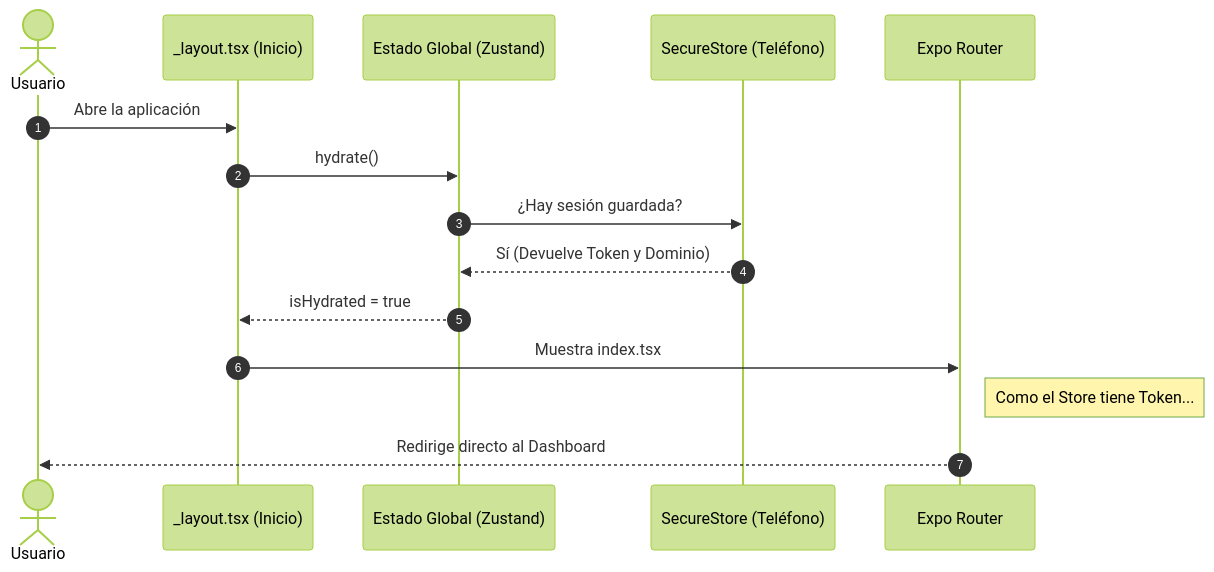
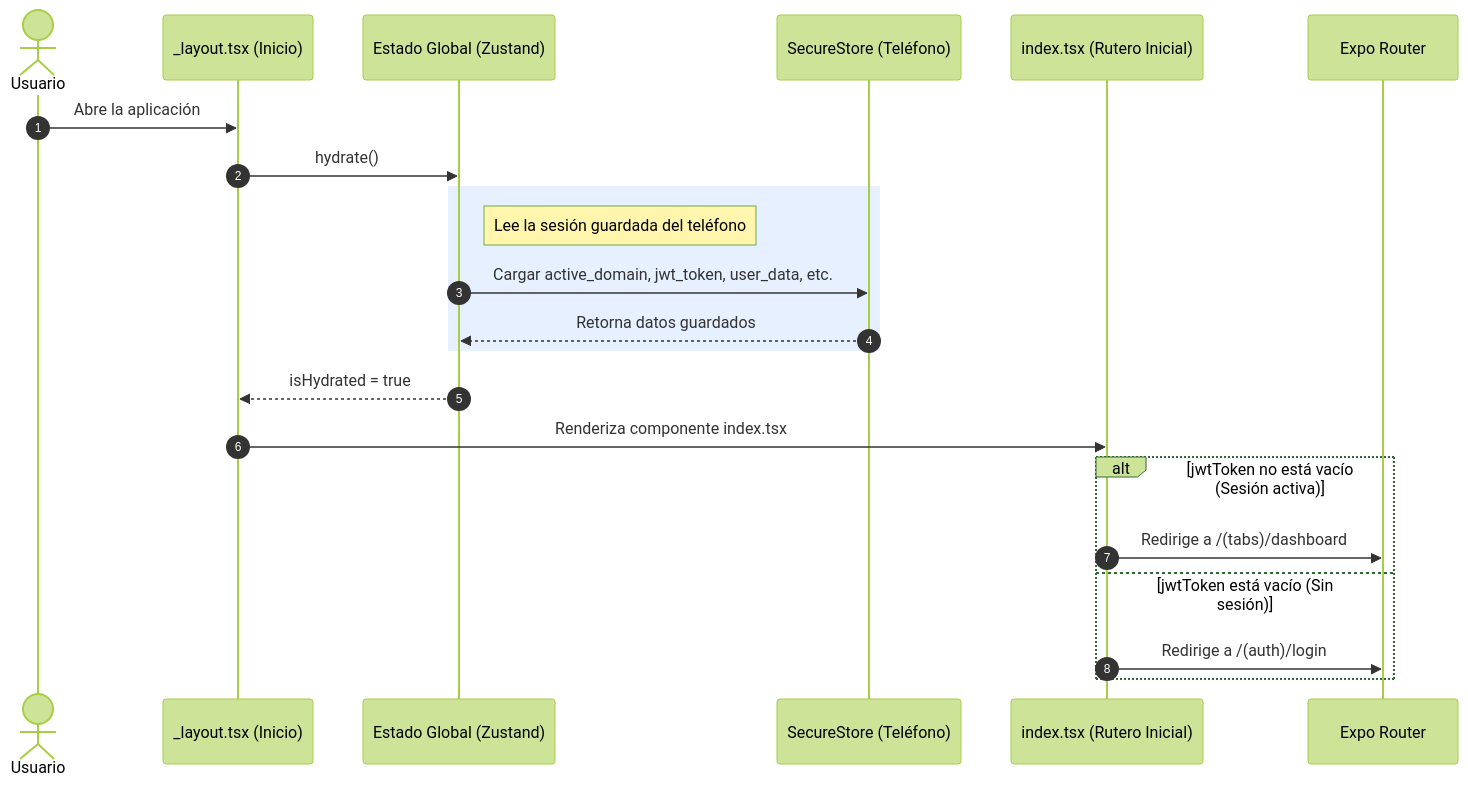
The second of 2 diagrams in docs/architecture/SEQUENCES.md (soportesivi-cpu/App_sivi), drawn with Mermaid (forest theme) before and after one commit. The commit also changed other lines of this file and 13 other files, not shown here.

````diff
--- a/docs/architecture/SEQUENCES.md
+++ b/docs/architecture/SEQUENCES.md
@@ -52,21 +48,28 @@
 ```mermaid
 sequenceDiagram
     autonumber
     actor Usuario
     participant Layout as _layout.tsx (Inicio)
     participant Store as Estado Global (Zustand)
     participant Secure as SecureStore (Teléfono)
+    participant Index as index.tsx (Rutero Inicial)
     participant Router as Expo Router
 
     Usuario->>Layout: Abre la aplicación
     Layout->>Store: hydrate()
     
-    Store->>Secure: ¿Hay sesión guardada?
-    Secure-->>Store: Sí (Devuelve Token y Dominio)
+    rect rgb(230, 240, 255)
+        Note right of Store: Lee la sesión guardada del teléfono
+        Store->>Secure: Cargar active_domain, jwt_token, user_data, etc.
+        Secure-->>Store: Retorna datos guardados
+    end
     
     Store-->>Layout: isHydrated = true
-    Layout->>Router: Muestra index.tsx
+    Layout->>Index: Renderiza componente index.tsx
     
-    Note right of Router: Como el Store tiene Token...
-    Router-->>Usuario: Redirige directo al Dashboard
+    alt jwtToken no está vacío (Sesión activa)
+        Index->>Router: Redirige a /(tabs)/dashboard
+    else jwtToken está vacío (Sin sesión)
+        Index->>Router: Redirige a /(auth)/login
+    end
 ```
````
